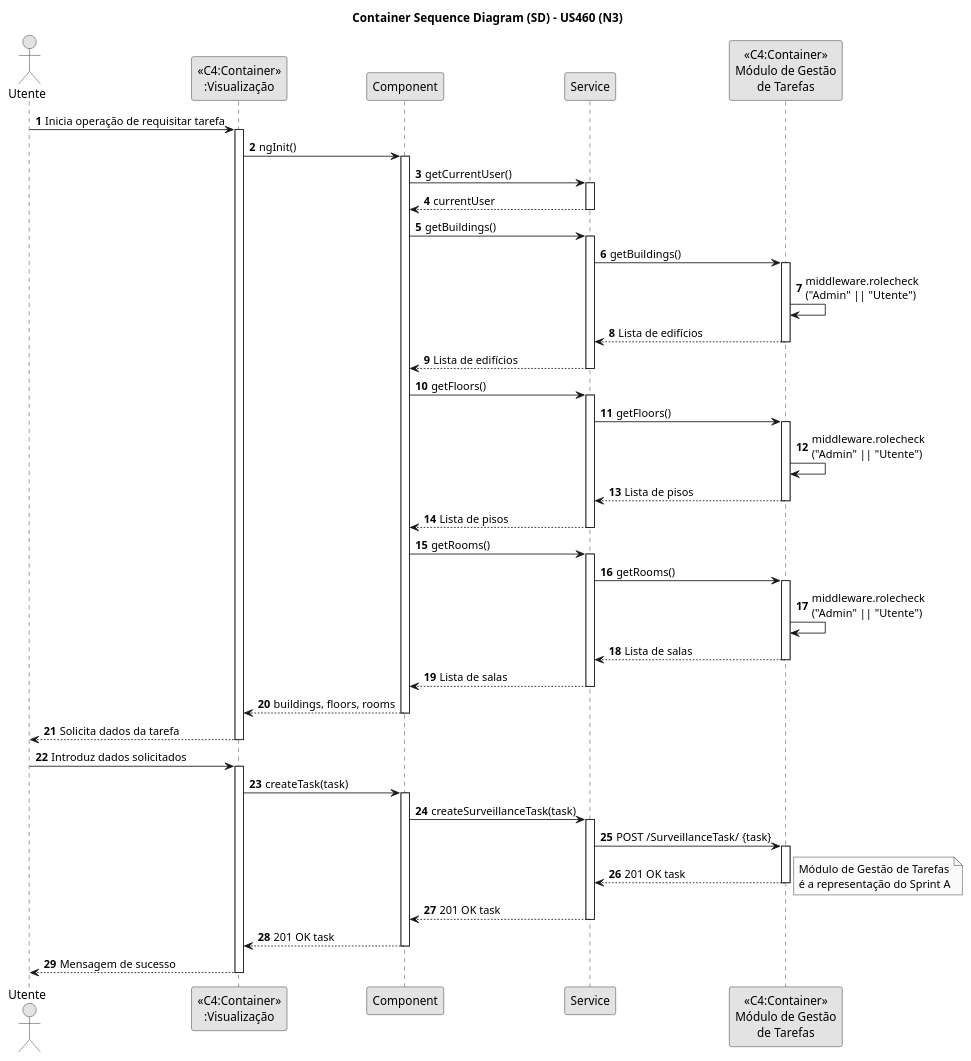
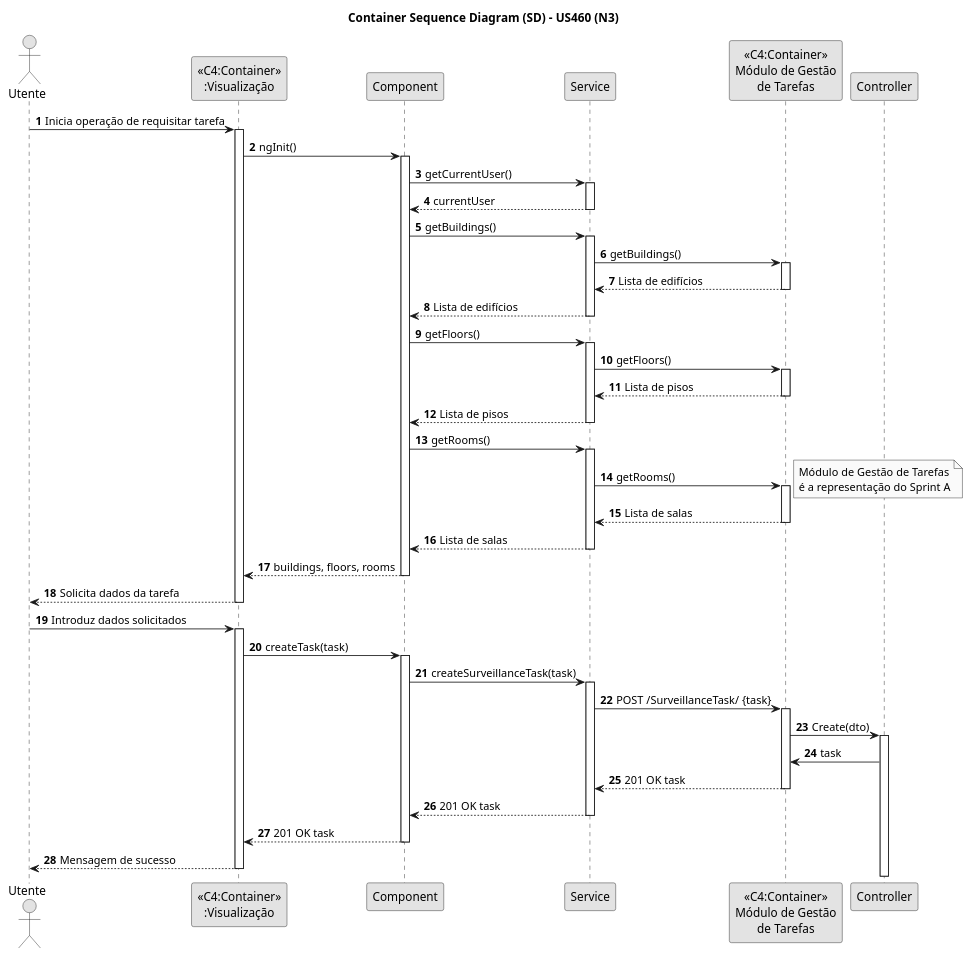
The diagram in docs/SprintC/us460/SD-N3-US460.puml (pedrocmesquita/RobDroneGo), drawn with PlantUML before and after one commit. The commit also changed 8 other files, not shown here.

```diff
--- a/docs/SprintC/us460/SD-N3-US460.puml
+++ b/docs/SprintC/us460/SD-N3-US460.puml
@@ -1,78 +1,74 @@
 @startuml
 skinparam monochrome true
 skinparam packageStyle rectangle
 skinparam shadowing false
 
 title Container Sequence Diagram (SD) - US460 (N3)
 
 autonumber
 
 actor "Utente"
 
 "Utente" -> "<<C4:Container>>\n:Visualização": Inicia operação de requisitar tarefa
 activate "<<C4:Container>>\n:Visualização"
 "<<C4:Container>>\n:Visualização" -> Component: ngInit()
 activate Component
 Component -> Service: getCurrentUser()
 activate Service
 Service --> Component : currentUser
 deactivate Service
 Component -> Service: getBuildings()
 activate Service
 Service -> "<<C4:Container>>\nMódulo de Gestão\nde Tarefas" : getBuildings()
 activate "<<C4:Container>>\nMódulo de Gestão\nde Tarefas"
-"<<C4:Container>>\nMódulo de Gestão\nde Tarefas" -> "<<C4:Container>>\nMódulo de Gestão\nde Tarefas": middleware.rolecheck\n("Admin" || "Utente")
 "<<C4:Container>>\nMódulo de Gestão\nde Tarefas" --> Service : Lista de edifícios
 deactivate "<<C4:Container>>\nMódulo de Gestão\nde Tarefas"
 Service --> Component : Lista de edifícios
 deactivate Service
 Component -> Service : getFloors()
 activate Service
 Service -> "<<C4:Container>>\nMódulo de Gestão\nde Tarefas" : getFloors()
 activate "<<C4:Container>>\nMódulo de Gestão\nde Tarefas"
-"<<C4:Container>>\nMódulo de Gestão\nde Tarefas" -> "<<C4:Container>>\nMódulo de Gestão\nde Tarefas": middleware.rolecheck\n("Admin" || "Utente")
 "<<C4:Container>>\nMódulo de Gestão\nde Tarefas" --> Service : Lista de pisos
 deactivate "<<C4:Container>>\nMódulo de Gestão\nde Tarefas"
 Service --> Component : Lista de pisos
 deactivate Service
 Component -> Service : getRooms()
 activate Service
 
 Service -> "<<C4:Container>>\nMódulo de Gestão\nde Tarefas" : getRooms()
 activate "<<C4:Container>>\nMódulo de Gestão\nde Tarefas"
-"<<C4:Container>>\nMódulo de Gestão\nde Tarefas" -> "<<C4:Container>>\nMódulo de Gestão\nde Tarefas": middleware.rolecheck\n("Admin" || "Utente")
+
+note right: Módulo de Gestão de Tarefas\né a representação do Sprint A
 "<<C4:Container>>\nMódulo de Gestão\nde Tarefas" --> Service: Lista de salas
 deactivate "<<C4:Container>>\nMódulo de Gestão\nde Tarefas"
 Service --> Component: Lista de salas
 deactivate Service
 Component --> "<<C4:Container>>\n:Visualização" : buildings, floors, rooms
 deactivate Component
 
 "<<C4:Container>>\n:Visualização" --> "Utente": Solicita dados da tarefa
 deactivate "<<C4:Container>>\n:Visualização"
 
 "Utente" -> "<<C4:Container>>\n:Visualização": Introduz dados solicitados
 activate "<<C4:Container>>\n:Visualização"
 "<<C4:Container>>\n:Visualização" -> Component : createTask(task)
 activate Component
 Component -> Service : createSurveillanceTask(task)
 activate Service
 Service -> "<<C4:Container>>\nMódulo de Gestão\nde Tarefas" : POST /SurveillanceTask/ {task}
-
-
-
-
 activate "<<C4:Container>>\nMódulo de Gestão\nde Tarefas"
+"<<C4:Container>>\nMódulo de Gestão\nde Tarefas" -> Controller: Create(dto)
+activate Controller
+Controller -> "<<C4:Container>>\nMódulo de Gestão\nde Tarefas": task
 "<<C4:Container>>\nMódulo de Gestão\nde Tarefas" --> Service: 201 OK task
-
 deactivate "<<C4:Container>>\nMódulo de Gestão\nde Tarefas"
-note right: Módulo de Gestão de Tarefas\né a representação do Sprint A
 Service --> Component: 201 OK task
 deactivate Service
 Component --> "<<C4:Container>>\n:Visualização" : 201 OK task
 deactivate Component
 deactivate "<<C4:Container>>\nMódulo de Gestão\nde Tarefas"
 "Utente" <-- "<<C4:Container>>\n:Visualização": Mensagem de sucesso
 deactivate "<<C4:Container>>\n:Visualização"
 
 @enduml
```
